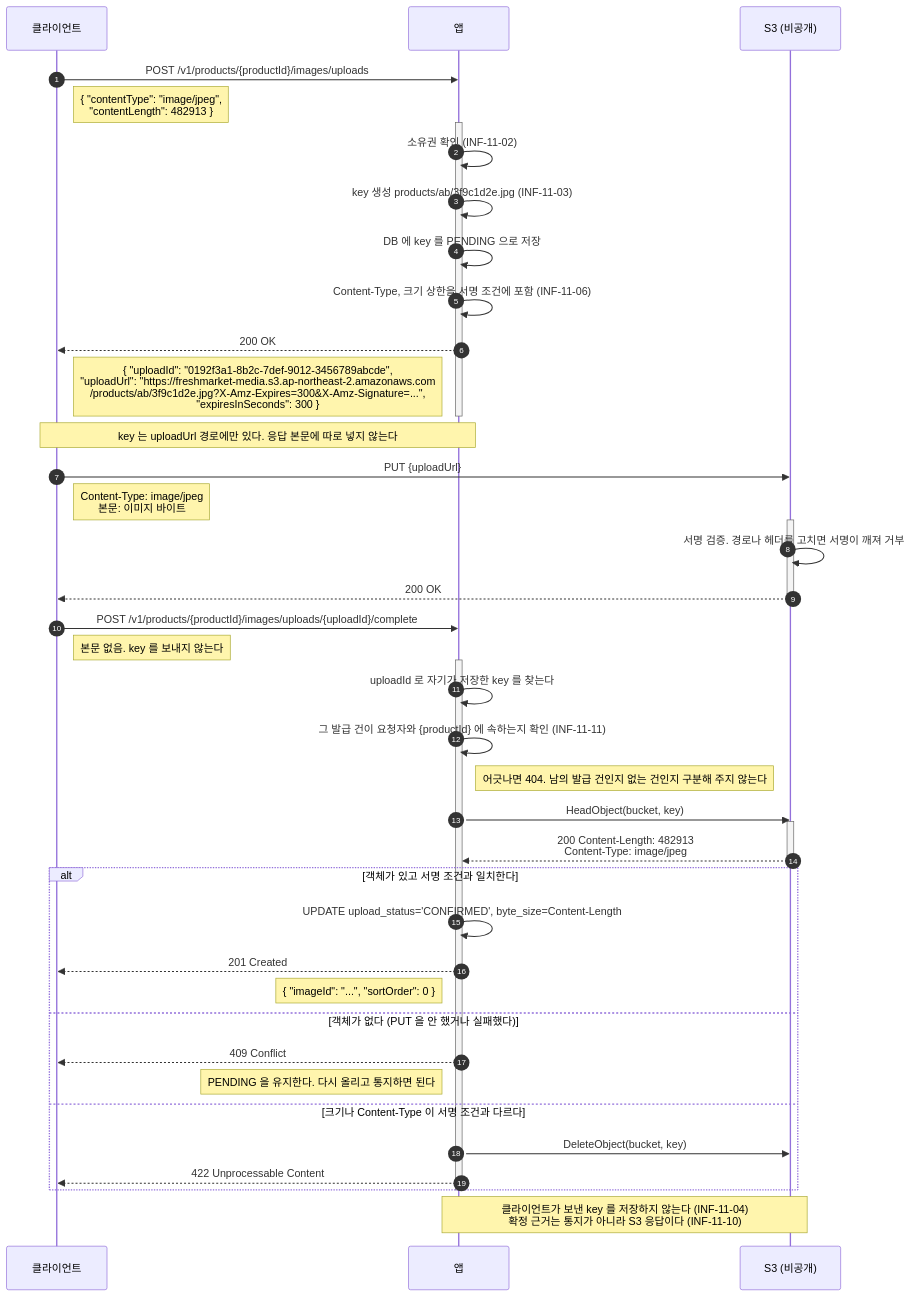
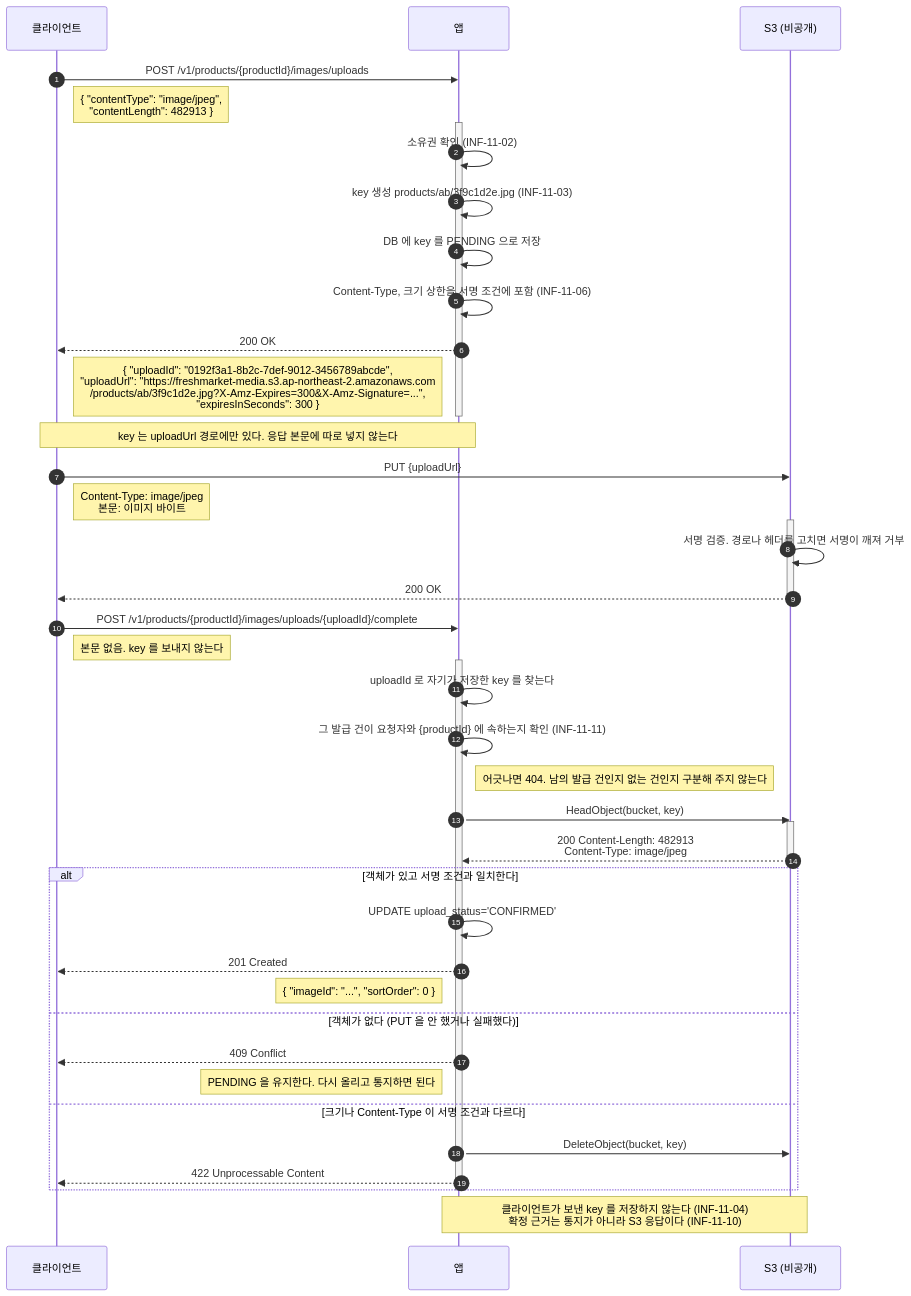
One commit to LGU-2/infra changed the fourth of 6 diagrams in docs/system-design/백엔드공통_이미지저장소_설계.md. Above: the diagram before and after it, drawn with Mermaid. The commit also changed other lines of this file, not shown here.

Commit message:
[Docs] 크기와 Content-Type 을 저장하지 않는 이유로 대체

````diff
--- a/docs/system-design/백엔드공통_이미지저장소_설계.md
+++ b/docs/system-design/백엔드공통_이미지저장소_설계.md
@@ -294,55 +294,55 @@
 ```mermaid
 sequenceDiagram
     autonumber
     participant C as 클라이언트
     participant A as 앱
     participant S as S3 (비공개)
 
     C->>A: POST /v1/products/{productId}/images/uploads
     Note right of C: { "contentType": "image/jpeg",<br/>"contentLength": 482913 }
 
     activate A
     A->>A: 소유권 확인 (INF-11-02)
     A->>A: key 생성 products/ab/3f9c1d2e.jpg (INF-11-03)
     A->>A: DB 에 key 를 PENDING 으로 저장
     A->>A: Content-Type, 크기 상한을 서명 조건에 포함 (INF-11-06)
     A-->>C: 200 OK
     Note left of A: { "uploadId": "0192f3a1-8b2c-7def-9012-3456789abcde",<br/>"uploadUrl": "https://freshmarket-media.s3.ap-northeast-2.amazonaws.com<br/>/products/ab/3f9c1d2e.jpg?X-Amz-Expires=300&X-Amz-Signature=...",<br/>"expiresInSeconds": 300 }
     deactivate A
 
     Note over C,A: key 는 uploadUrl 경로에만 있다. 응답 본문에 따로 넣지 않는다
 
     C->>S: PUT {uploadUrl}
     Note right of C: Content-Type: image/jpeg<br/>본문: 이미지 바이트
     activate S
     S->>S: 서명 검증. 경로나 헤더를 고치면 서명이 깨져 거부
     S-->>C: 200 OK
     deactivate S
 
     C->>A: POST /v1/products/{productId}/images/uploads/{uploadId}/complete
     Note right of C: 본문 없음. key 를 보내지 않는다
     activate A
     A->>A: uploadId 로 자기가 저장한 key 를 찾는다
     A->>A: 그 발급 건이 요청자와 {productId} 에 속하는지 확인 (INF-11-11)
     Note right of A: 어긋나면 404. 남의 발급 건인지 없는 건인지 구분해 주지 않는다
 
     A->>S: HeadObject(bucket, key)
     activate S
     S-->>A: 200 Content-Length: 482913<br/>Content-Type: image/jpeg
     deactivate S
 
     alt 객체가 있고 서명 조건과 일치한다
-        A->>A: UPDATE upload_status='CONFIRMED', byte_size=Content-Length
+        A->>A: UPDATE upload_status='CONFIRMED'
         A-->>C: 201 Created
         Note left of A: { "imageId": "...", "sortOrder": 0 }
     else 객체가 없다 (PUT 을 안 했거나 실패했다)
         A-->>C: 409 Conflict
         Note left of A: PENDING 을 유지한다. 다시 올리고 통지하면 된다
     else 크기나 Content-Type 이 서명 조건과 다르다
         A->>S: DeleteObject(bucket, key)
         A-->>C: 422 Unprocessable Content
     end
     deactivate A
 
     Note over A,S: 클라이언트가 보낸 key 를 저장하지 않는다 (INF-11-04)<br/>확정 근거는 통지가 아니라 S3 응답이다 (INF-11-10)
 ```
````
